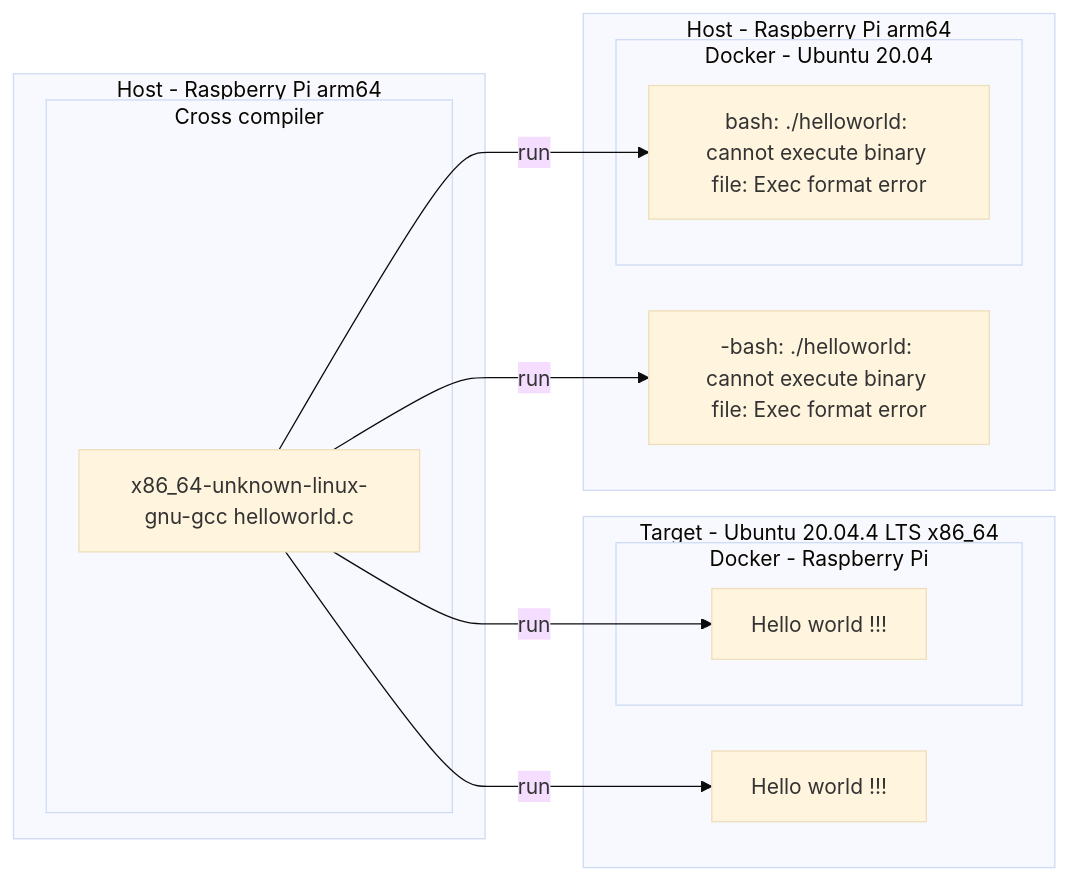
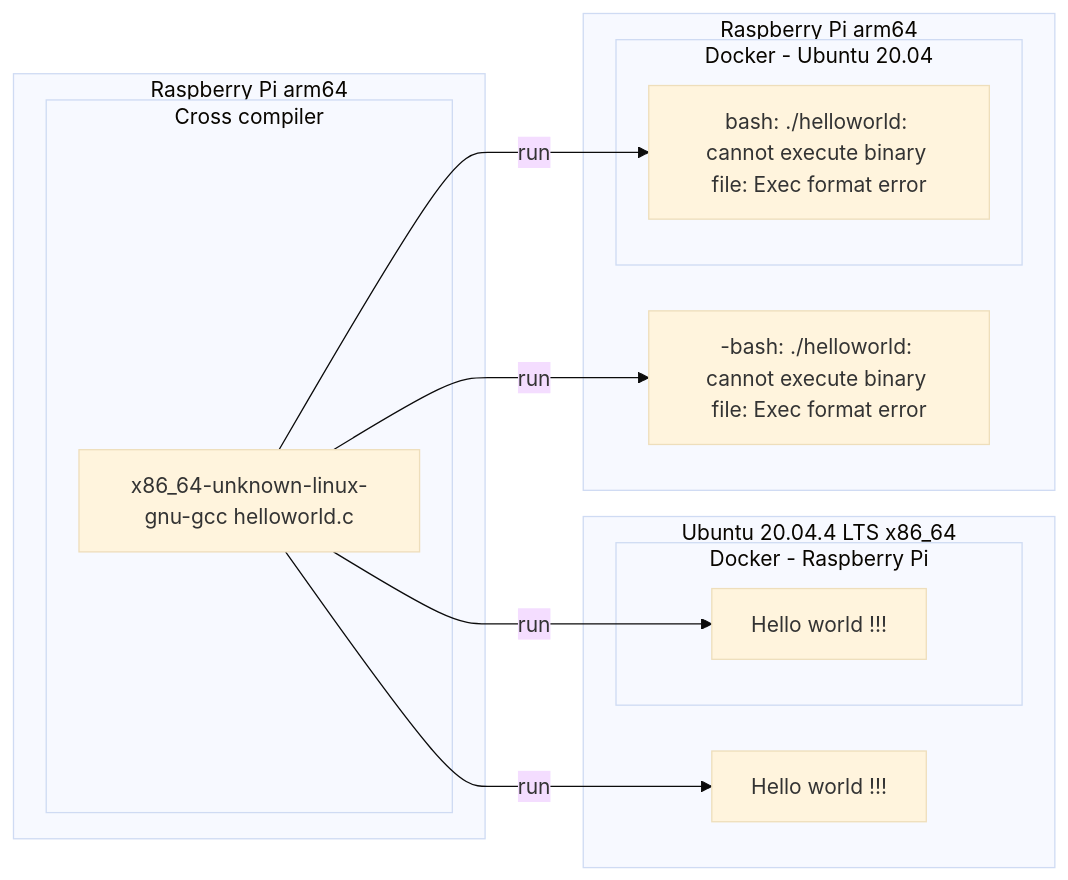
Before and after one commit to lankahsu520/CrossCompilationX: the sixth of 12 diagrams in README.md, drawn with Mermaid (base theme). The commit also changed other lines of this file, not shown here.

Commit message:
update README.md, remove "Host - ","Target -"

````diff
--- a/README.md
+++ b/README.md
@@ -296,30 +296,30 @@
 ```mermaid
 flowchart LR
-	subgraph Host[Host - Raspberry Pi arm64]
+	subgraph Host[Raspberry Pi arm64]
 		subgraph Cross[Cross compiler]
 			gcc[x86_64-unknown-linux-gnu-gcc helloworld.c]
 		end
 	end
 
-	subgraph Target[Target - Ubuntu 20.04.4 LTS x86_64]
+	subgraph Target[Ubuntu 20.04.4 LTS x86_64]
 		helloworld_run_ubuntu[Hello world !!!]
 		subgraph DockerUbuntuPI[Docker - Raspberry Pi]
 			helloworld_run_ubuntu_pi_docker[Hello world !!!]
 		end
 	end
 
 
-	subgraph HostA[Host - Raspberry Pi arm64]
+	subgraph HostA[Raspberry Pi arm64]
 		helloworld_run_host[-bash: ./helloworld: cannot execute binary file: Exec format error]
 		subgraph DockerAU2004[Docker - Ubuntu 20.04]
 			helloworld_run_AU2004_docker[bash: ./helloworld: cannot execute binary file: Exec format error]
 		end
   end
 	
 	gcc --> |run|helloworld_run_host
 	gcc --> |run|helloworld_run_AU2004_docker
 
 	gcc --> |run|helloworld_run_ubuntu
 	gcc --> |run|helloworld_run_ubuntu_pi_docker
 	
 ```
````
